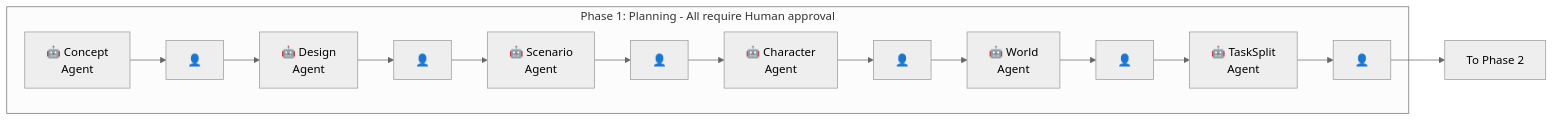
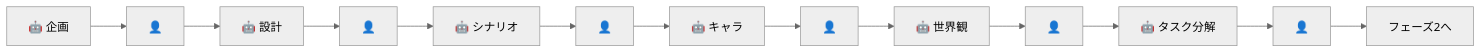
One commit to new-sankaku/toybox changed the ninth of 13 diagrams in langgraph/ARCHITECTURE.md. Above: the diagram before and after it, drawn with Mermaid (neutral theme). The commit also changed other lines of this file, not shown here.

First line of the commit message:
Major architecture redesign with Leader agents and iteration model

````diff
--- a/langgraph/ARCHITECTURE.md
+++ b/langgraph/ARCHITECTURE.md
@@ -90,8 +350,6 @@
 ```mermaid
 flowchart LR
-    subgraph Planning["Phase 1: Planning - All require Human approval"]
-        C["🤖 Concept<br/>Agent"] --> HC["👤"] --> D["🤖 Design<br/>Agent"] --> HD["👤"] --> S["🤖 Scenario<br/>Agent"] --> HS["👤"] --> CH["🤖 Character<br/>Agent"] --> HCH["👤"] --> W["🤖 World<br/>Agent"] --> HW["👤"] --> T["🤖 TaskSplit<br/>Agent"] --> HT["👤"]
-    end
+    C["🤖 企画"] --> HC["👤"] --> D["🤖 設計"] --> HD["👤"] --> S["🤖 シナリオ"] --> HS["👤"] --> CH["🤖 キャラ"] --> HCH["👤"] --> W["🤖 世界観"] --> HW["👤"] --> T["🤖 タスク分解"] --> HT["👤"]
 
-    HT --> Phase2["To Phase 2"]
+    HT --> Phase2["フェーズ2へ"]
 ```
````
